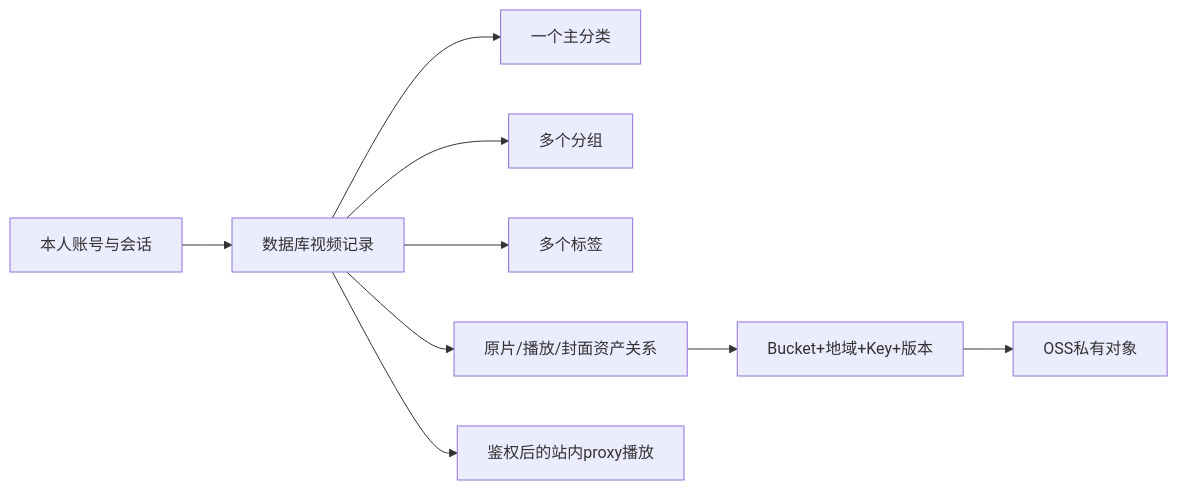
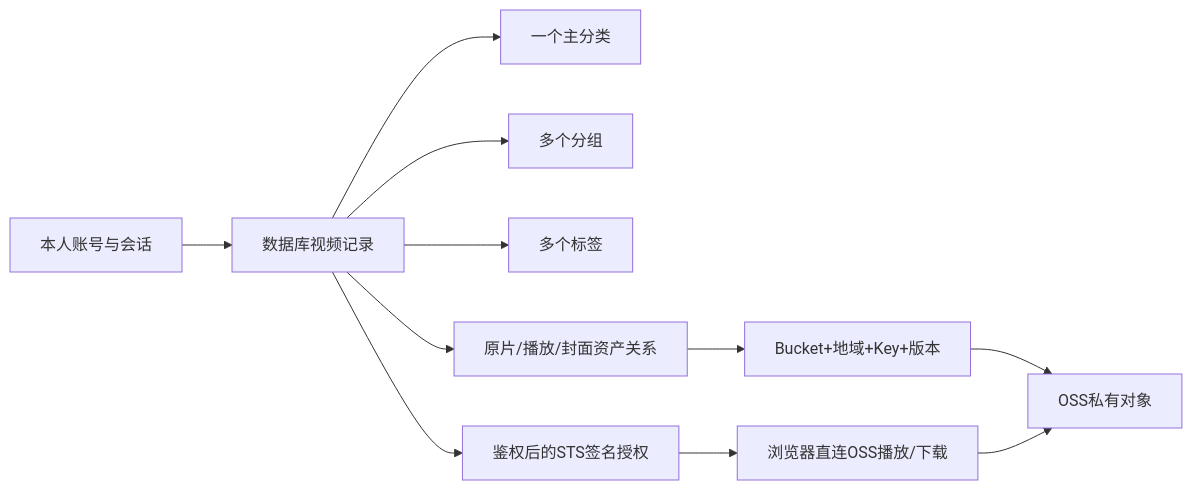
Before and after one commit to yingchunfeng/PrivateOnlineVideo: the diagram in docs/task/STAGE2.md, drawn with Mermaid. The commit also changed other lines of this file and 257 other files, not shown here.

````diff
--- a/docs/task/STAGE2.md
+++ b/docs/task/STAGE2.md
@@ -25,11 +33,13 @@
 ```mermaid
 flowchart LR
   U[本人账号与会话] --> V[数据库视频记录]
   V --> C[一个主分类]
   V --> G[多个分组]
   V --> T[多个标签]
   V --> A[原片/播放/封面资产关系]
   A --> O[Bucket+地域+Key+版本]
   O --> S[OSS私有对象]
-  V --> P[鉴权后的站内proxy播放]
+  V --> P[鉴权后的STS签名授权]
+  P --> B[浏览器直连OSS播放/下载]
+  B --> S
 ```
````
